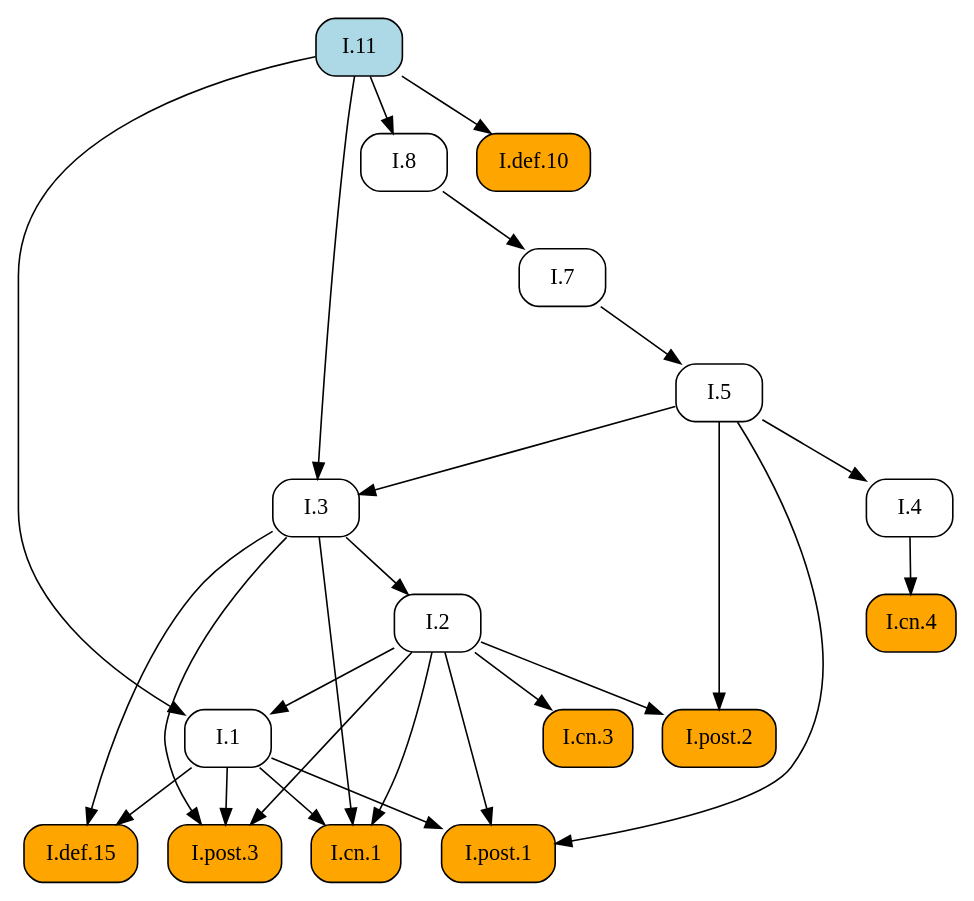
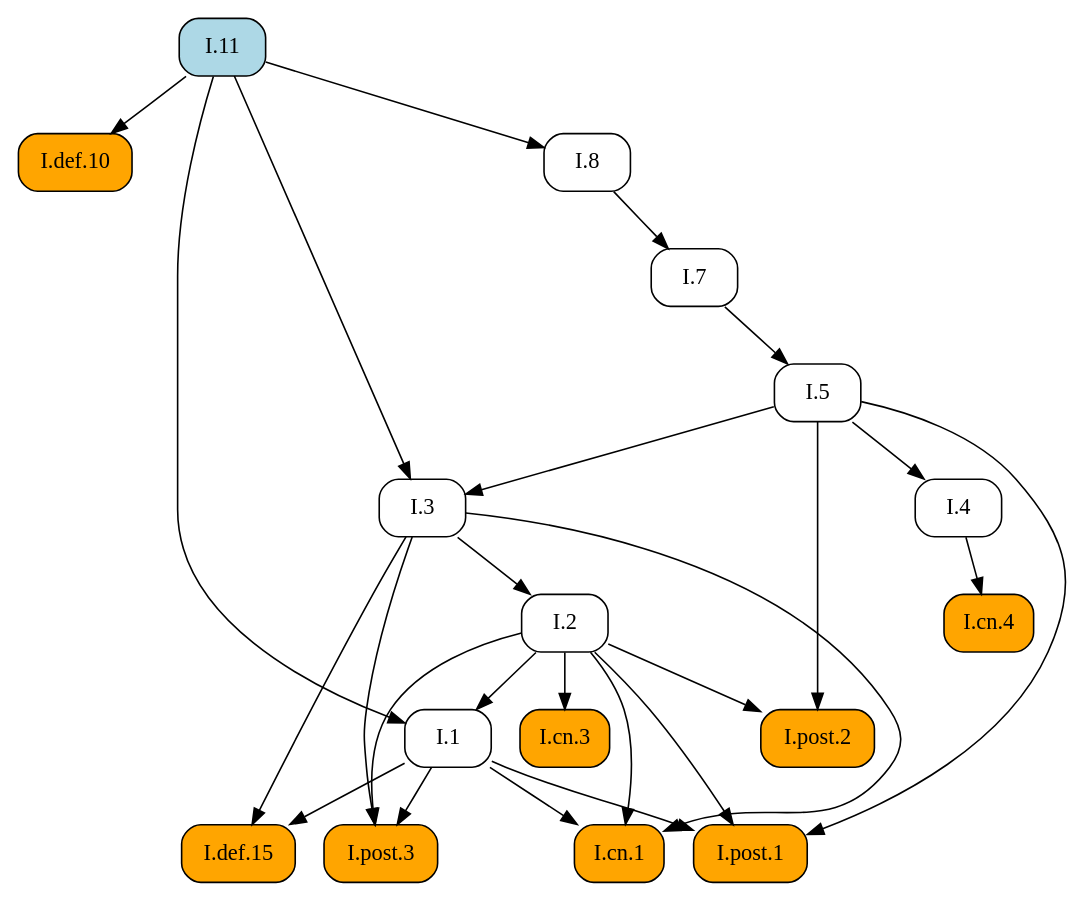
One commit to geometor/elements changed the diagram in docsrc/heath/I/11/index.rst. Above: the diagram before and after it, drawn with Graphviz. The commit also changed other lines of this file and 1029 other files, not shown here.

```diff
--- a/docsrc/heath/I/11/index.rst
+++ b/docsrc/heath/I/11/index.rst
@@ -55,47 +55,47 @@
 .. graphviz::
 
    digraph {
      rankdir="TB";
      node [shape=box, style=rounded];
+     "I.def.10" [style="rounded,filled", fillcolor=orange, URL="/heath/I/def.10/", target="_top"];
      "I.def.15" [style="rounded,filled", fillcolor=orange, URL="/heath/I/def.15/", target="_top"];
+     "I.11" [style="rounded,filled", fillcolor=lightblue, URL="/heath/I/11/", target="_top"];
      "I.1" [URL="/heath/I/1/", target="_top"];
      "I.post.3" [style="rounded,filled", fillcolor=orange, URL="/heath/I/post.3/", target="_top"];
+     "I.cn.1" [style="rounded,filled", fillcolor=orange, URL="/heath/I/cn.1/", target="_top"];
+     "I.7" [URL="/heath/I/7/", target="_top"];
+     "I.3" [URL="/heath/I/3/", target="_top"];
      "I.cn.3" [style="rounded,filled", fillcolor=orange, URL="/heath/I/cn.3/", target="_top"];
+     "I.8" [URL="/heath/I/8/", target="_top"];
+     "I.2" [URL="/heath/I/2/", target="_top"];
+     "I.4" [URL="/heath/I/4/", target="_top"];
+     "I.cn.4" [style="rounded,filled", fillcolor=orange, URL="/heath/I/cn.4/", target="_top"];
      "I.post.1" [style="rounded,filled", fillcolor=orange, URL="/heath/I/post.1/", target="_top"];
+     "I.post.2" [style="rounded,filled", fillcolor=orange, URL="/heath/I/post.2/", target="_top"];
      "I.5" [URL="/heath/I/5/", target="_top"];
-     "I.11" [style="rounded,filled", fillcolor=lightblue, URL="/heath/I/11/", target="_top"];
-     "I.7" [URL="/heath/I/7/", target="_top"];
-     "I.4" [URL="/heath/I/4/", target="_top"];
-     "I.3" [URL="/heath/I/3/", target="_top"];
-     "I.cn.4" [style="rounded,filled", fillcolor=orange, URL="/heath/I/cn.4/", target="_top"];
-     "I.8" [URL="/heath/I/8/", target="_top"];
-     "I.def.10" [style="rounded,filled", fillcolor=orange, URL="/heath/I/def.10/", target="_top"];
-     "I.cn.1" [style="rounded,filled", fillcolor=orange, URL="/heath/I/cn.1/", target="_top"];
-     "I.post.2" [style="rounded,filled", fillcolor=orange, URL="/heath/I/post.2/", target="_top"];
-     "I.2" [URL="/heath/I/2/", target="_top"];
+     "I.11" -> "I.def.10";
      "I.1" -> "I.def.15";
      "I.3" -> "I.def.15";
      "I.2" -> "I.1";
      "I.11" -> "I.1";
      "I.1" -> "I.post.3";
      "I.2" -> "I.post.3";
      "I.3" -> "I.post.3";
+     "I.1" -> "I.cn.1";
+     "I.2" -> "I.cn.1";
+     "I.3" -> "I.cn.1";
+     "I.8" -> "I.7";
+     "I.5" -> "I.3";
+     "I.11" -> "I.3";
      "I.2" -> "I.cn.3";
+     "I.11" -> "I.8";
+     "I.3" -> "I.2";
+     "I.5" -> "I.4";
+     "I.4" -> "I.cn.4";
      "I.1" -> "I.post.1";
      "I.2" -> "I.post.1";
      "I.5" -> "I.post.1";
-     "I.7" -> "I.5";
-     "I.8" -> "I.7";
-     "I.5" -> "I.4";
-     "I.5" -> "I.3";
-     "I.11" -> "I.3";
-     "I.4" -> "I.cn.4";
-     "I.11" -> "I.8";
-     "I.11" -> "I.def.10";
-     "I.1" -> "I.cn.1";
-     "I.2" -> "I.cn.1";
-     "I.3" -> "I.cn.1";
      "I.2" -> "I.post.2";
      "I.5" -> "I.post.2";
-     "I.3" -> "I.2";
+     "I.7" -> "I.5";
    }
```
